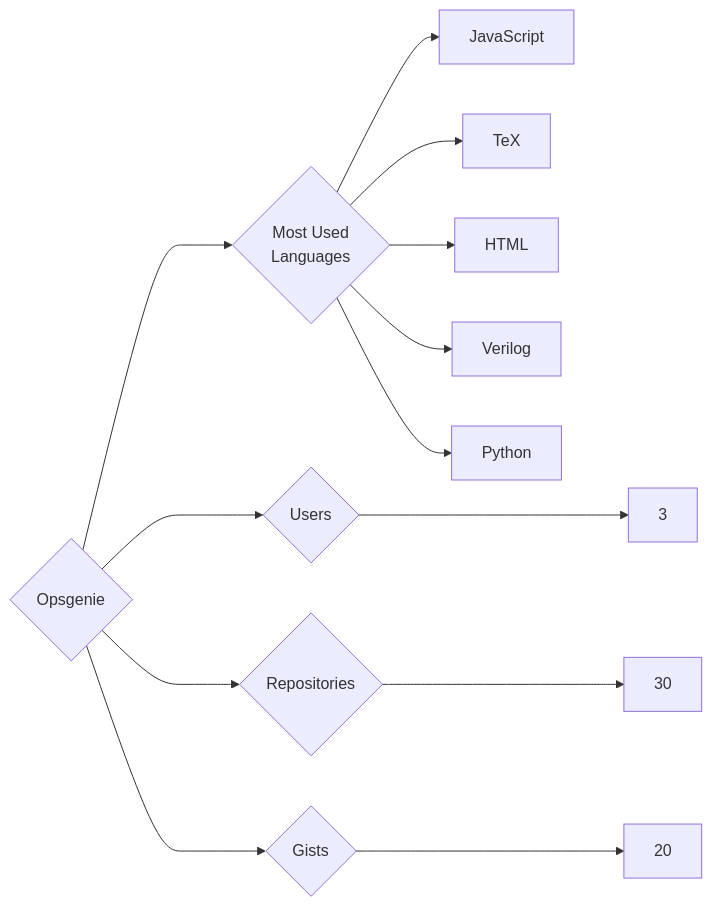
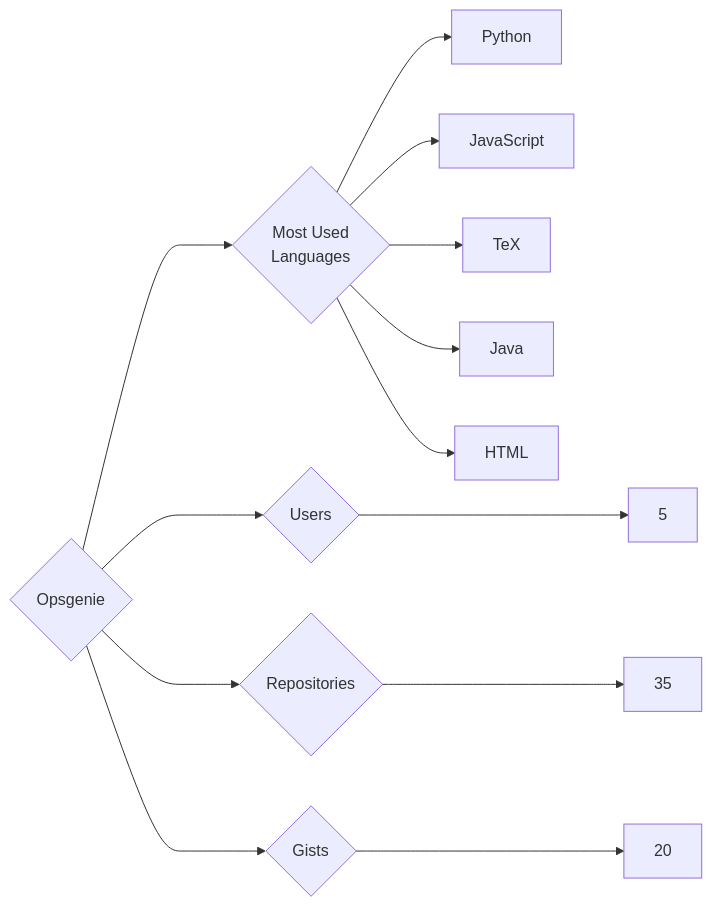
Before and after one commit to trickest/insiders: the diagram in targets/Opsgenie/README.md, drawn with Mermaid. The commit also changed 860 other files, not shown here.

````diff
--- a/targets/Opsgenie/README.md
+++ b/targets/Opsgenie/README.md
@@ -3,13 +3,13 @@
 ```mermaid
 graph LR
 COMPANY_NAME{Opsgenie}
-COMPANY_NAME ---> U{Users} ---> UN[3]
-COMPANY_NAME ---> R{Repositories} ---> RN[30]
+COMPANY_NAME ---> U{Users} ---> UN[5]
+COMPANY_NAME ---> R{Repositories} ---> RN[35]
 COMPANY_NAME ---> G{Gists} ---> GN[20]
 COMPANY_NAME ---> ML{Most Used<br>Languages}
+ML --> Python[Python]
 ML --> JavaScript[JavaScript]
 ML --> TeX[TeX]
+ML --> Java[Java]
 ML --> HTML[HTML]
-ML --> Verilog[Verilog]
-ML --> Python[Python]
 ```
````
